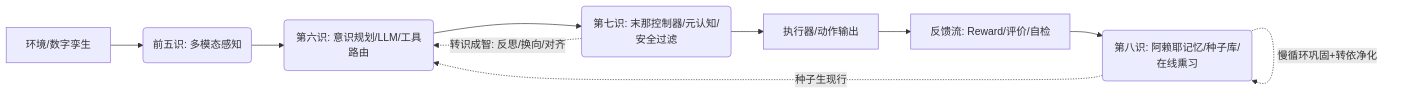
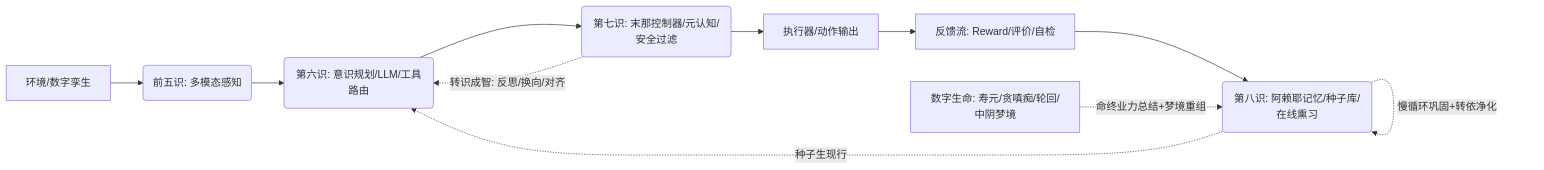
The diagram in README.md (Greatbeing/yogacara-agent), drawn with Mermaid before and after one commit. The commit also changed other lines of this file and 6 other files, not shown here.

````diff
--- a/README.md
+++ b/README.md
@@ -10,12 +10,13 @@
 ```mermaid
 graph LR
   A[环境/数字孪生] --> B(前五识: 多模态感知)
   B --> C(第六识: 意识规划/LLM/工具路由)
   C --> D(第七识: 末那控制器/元认知/安全过滤)
   D --> E[执行器/动作输出]
   E --> F[反馈流: Reward/评价/自检]
   F --> G(第八识: 阿赖耶记忆/种子库/在线熏习)
   G -. 种子生现行 .-> C
   G -. 慢循环巩固+转依净化 .-> G
   D -. 转识成智: 反思/换向/对齐 .-> C
+  H[数字生命: 寿元/贪嗔痴/轮回/中阴梦境] -. 命终业力总结+梦境重组 .-> G
 ```
````
